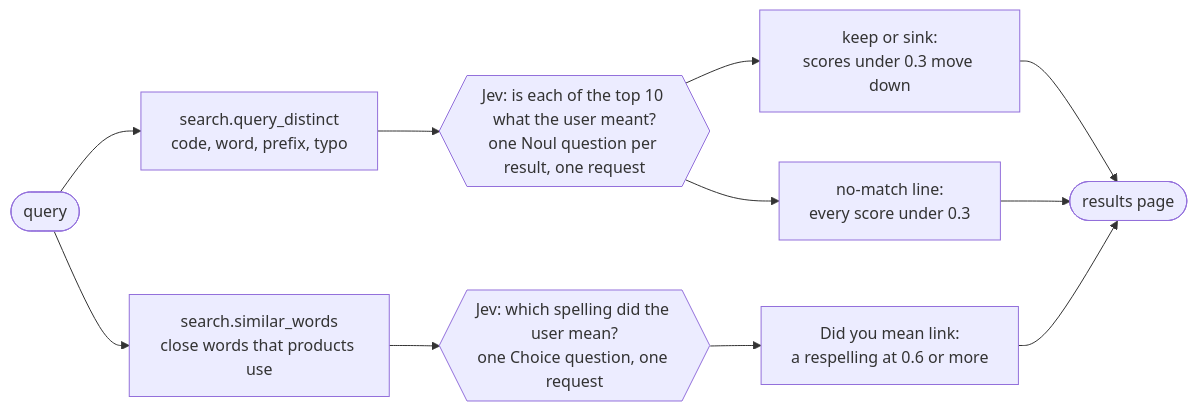
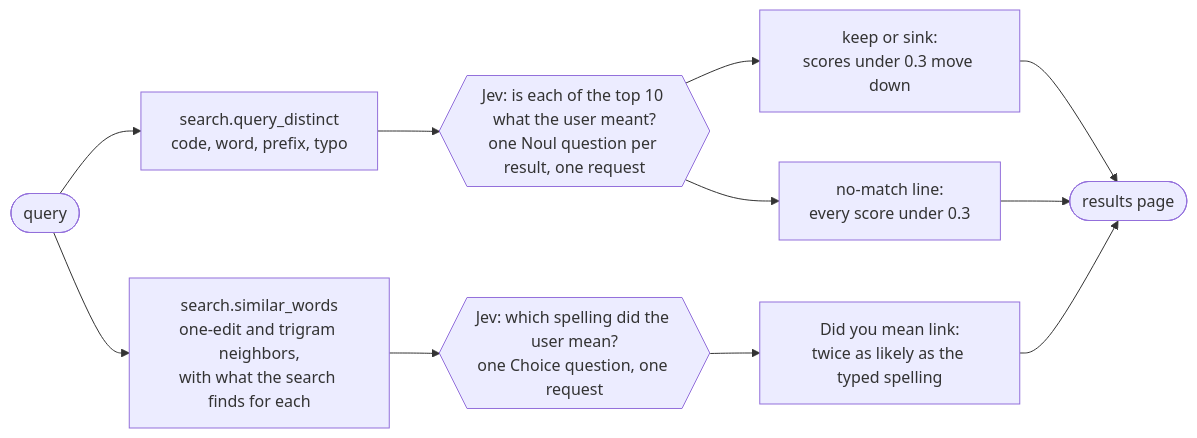
One commit to alexforman1/postgres-search changed the diagram in README.md. Above: the diagram before and after it, drawn with Mermaid. The commit also changed other lines of this file and 36 other files, not shown here.

````diff
--- a/README.md
+++ b/README.md
@@ -83,13 +79,13 @@
 ```mermaid
 flowchart LR
   Q([query]) --> S["search.query_distinct<br/>code, word, prefix, typo"]
-  Q --> W["search.similar_words<br/>close words that products use"]
+  Q --> W["search.similar_words<br/>one-edit and trigram neighbors,<br/>with what the search finds for each"]
   S --> R{{"Jev: is each of the top 10 what the user meant?<br/>one Noul question per result, one request"}}
   W --> P{{"Jev: which spelling did the user mean?<br/>one Choice question, one request"}}
   R --> K["keep or sink:<br/>scores under 0.3 move down"]
   R --> N["no-match line:<br/>every score under 0.3"]
-  P --> D["Did you mean link:<br/>a respelling at 0.6 or more"]
+  P --> D["Did you mean link:<br/>twice as likely as the typed spelling"]
   K --> Page([results page])
   N --> Page
   D --> Page
 ```
````
